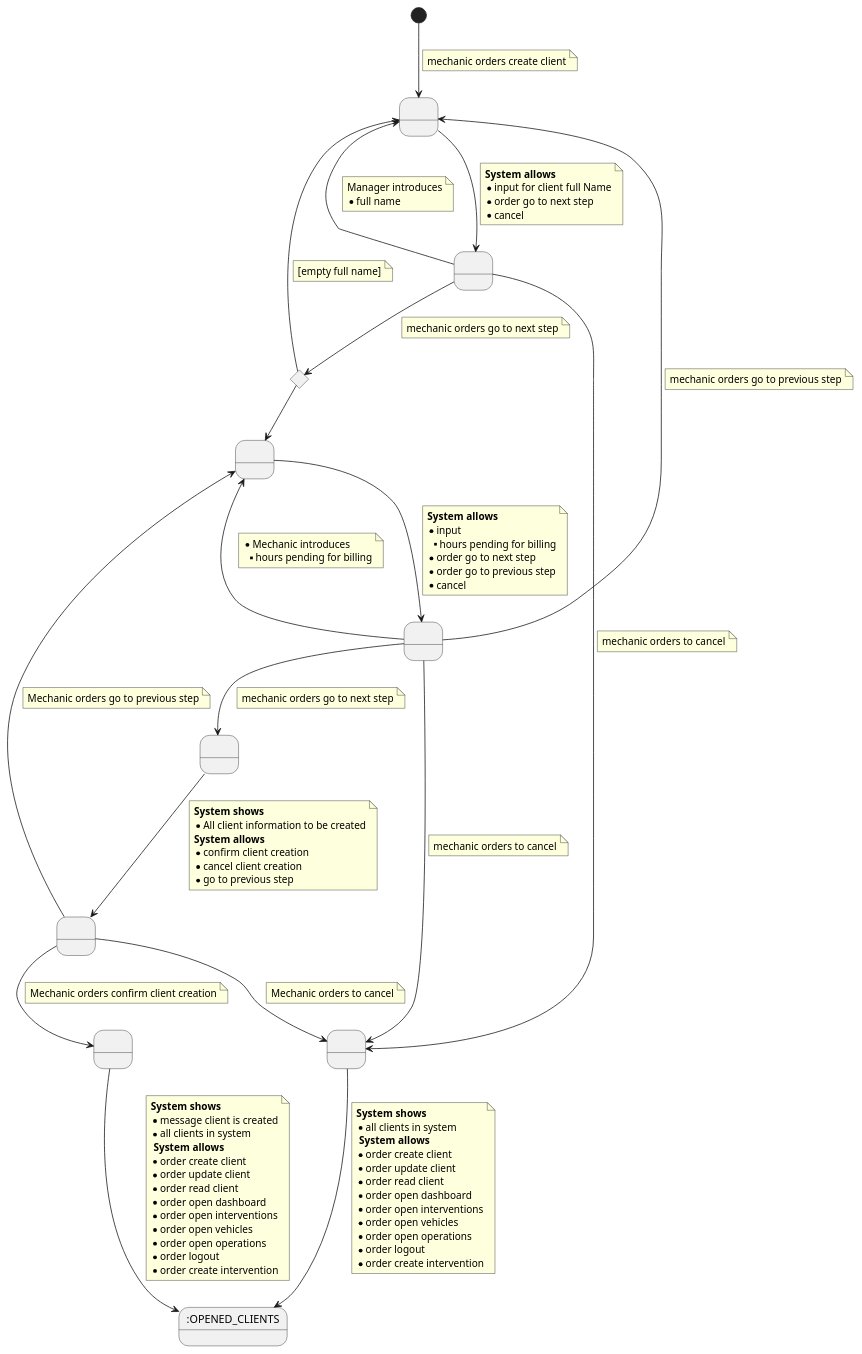
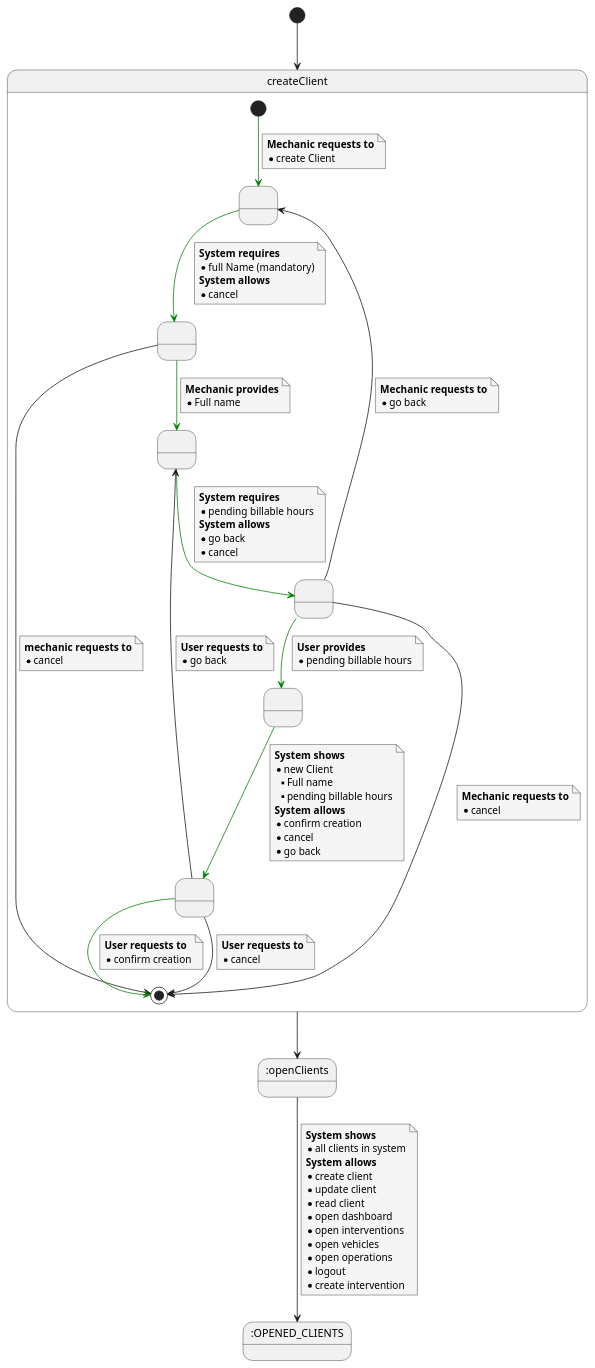
The diagram in documentation/1requiremets/usecases_specification/puml/createClient.puml (Ruskab/agrimManager), drawn with PlantUML before and after one commit. The commit also changed 3 other files, not shown here.

```diff
--- a/documentation/1requiremets/usecases_specification/puml/createClient.puml
+++ b/documentation/1requiremets/usecases_specification/puml/createClient.puml
@@ -1,139 +1,122 @@
 @startuml
+skinparam {
+    NoteBackgroundColor #whiteSmoke
+}
 
+state OPENED_CLIENTS as ":OPENED_CLIENTS"
+state openClients as ":openClients"
+
+
+[*] --> createClient
+
+state createClient {
 state 1 as " "
 state A0 as " "
 state A1 as " "
 state 2 as " "
-state 3 <<choice>>
 state 4 as " "
 state 6 as " "
-state 7 as " "
-state 11 as " "
-state 9 as ":OPENED_CLIENTS"
 
-[*] --> 1
+[*]  -[#Green]-> 1
 note on link
-    mechanic orders create client
+    <b>Mechanic requests to</b>
+    * create Client
 end note
 
-1 --> 2
+1 -[#Green]-> 2
 note on link
+    <b>System requires</b>
+    * full Name (mandatory)
     <b>System allows</b>
-    * input for client full Name
-    * order go to next step
     * cancel
 end note
 
-2 --> 1
+2 --> [*]
 note on link
-    Manager introduces
-    * full name
+<b>mechanic requests to
+* cancel
 end note
 
-2 --> 11
+2 -[#Green]-> 4
 note on link
- mechanic orders to cancel
+<b>Mechanic provides</b>
+* Full name
 end note
 
-2 --> 3
+4 -[#Green]-> A0
 note on link
- mechanic orders go to next step
-end note
-
-3 --> 1
-note on link
-    [empty full name]
-end note
-
-3 --> 4
-
-4 --> A0
-note on link
-    <b>System allows</b>
-    * input
-    **hours pending for billing
-    * order go to next step
-    * order go to previous step
-    * cancel
-end note
-
-
-A0 --> 4
-note on link
-    * Mechanic introduces
-    ** hours pending for billing
+<b>System requires</b>
+* pending billable hours
+<b>System allows</b>
+* go back
+* cancel
 end note
 
 A0 --> 1
 note on link
-    mechanic orders go to previous step
+<b>Mechanic requests to</b>
+* go back
 end note
 
-A0 --> 11
+
+A0 --> [*]
 note on link
-    mechanic orders to cancel
+<b>Mechanic requests to</b>
+* cancel
 end note
 
-A0 --> A1
+A0 -[#Green]-> A1
 note on link
-    mechanic orders go to next step
+<b>User provides</b>
+* pending billable hours
 end note
 
-A1 --> 6
+A1 -[#Green]-> 6
 note on link
     <b>System shows</b>
-    * All client information to be created
+    * new Client
+    ** Full name
+    ** pending billable hours
     <b>System allows</b>
-    *confirm client creation
-    *cancel client creation
-    *go to previous step
+    *confirm creation
+    *cancel
+    *go back
 end note
 
-6 --> 7
+6 -[#Green]-> [*]
 note on link
- Mechanic orders confirm client creation
+<b>User requests to</b>
+* confirm creation
+end note
+6 --> 4
+note on link
+<b>User requests to</b>
+* go back
 end note
 
-6 --> 4
+6 --> [*]
 note on link
-    Mechanic orders go to previous step
+<b>User requests to</b>
+* cancel
+end note
+}
+
+createClient --> openClients
+
+openClients --> OPENED_CLIENTS
+note on link
+<b>System shows</b>
+* all clients in system
+<b>System allows</b>
+* create client
+* update client
+* read client
+* open dashboard
+* open interventions
+* open vehicles
+* open operations
+* logout
+* create intervention
 end note
 
-6 --> 11
-note on link
-    Mechanic orders to cancel
-end note
-
-11 --> 9
-note on link
-    <b>System shows</b>
-    * all clients in system
-     <b>System allows</b>
-    * order create client
-    * order update client
-    * order read client
-    * order open dashboard
-    * order open interventions
-    * order open vehicles
-    * order open operations
-    * order logout
-    * order create intervention
-end note
-
-7 --> 9
-note on link
-<b>System shows</b>
-* message client is created
-* all clients in system
- <b>System allows</b>
-* order create client
-* order update client
-* order read client
-* order open dashboard
-* order open interventions
-* order open vehicles
-* order open operations
-* order logout
-* order create intervention
-end note
 @enduml
```
